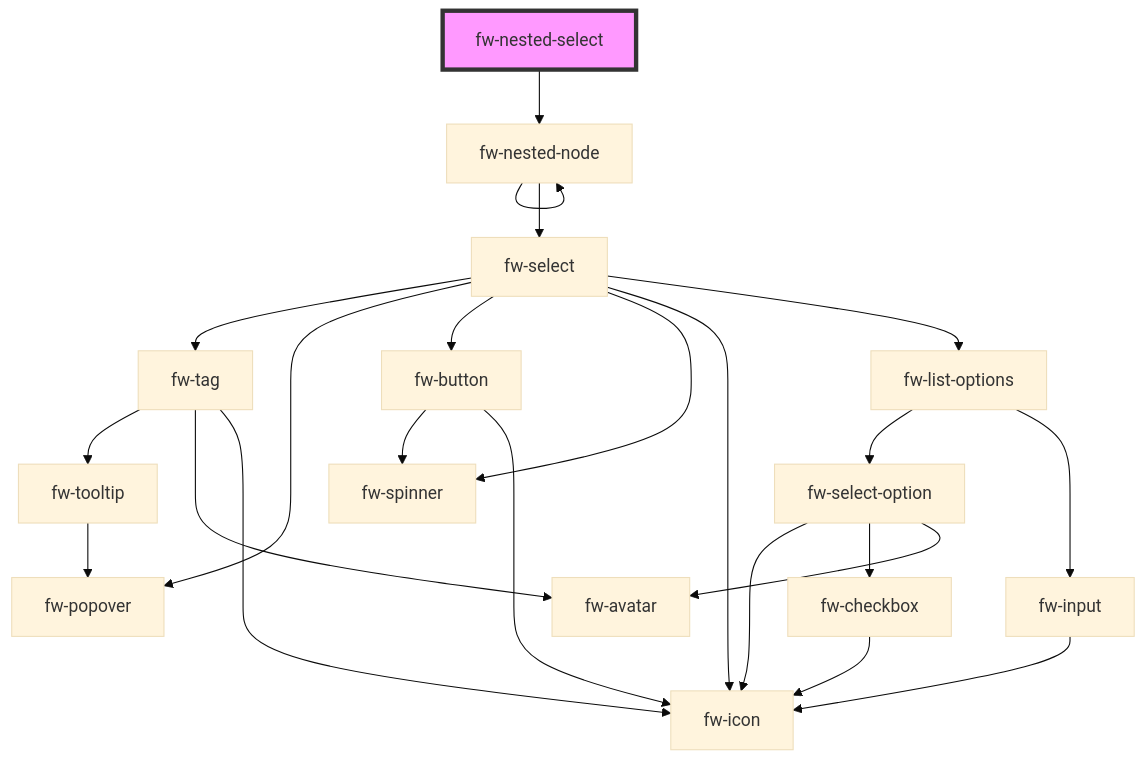
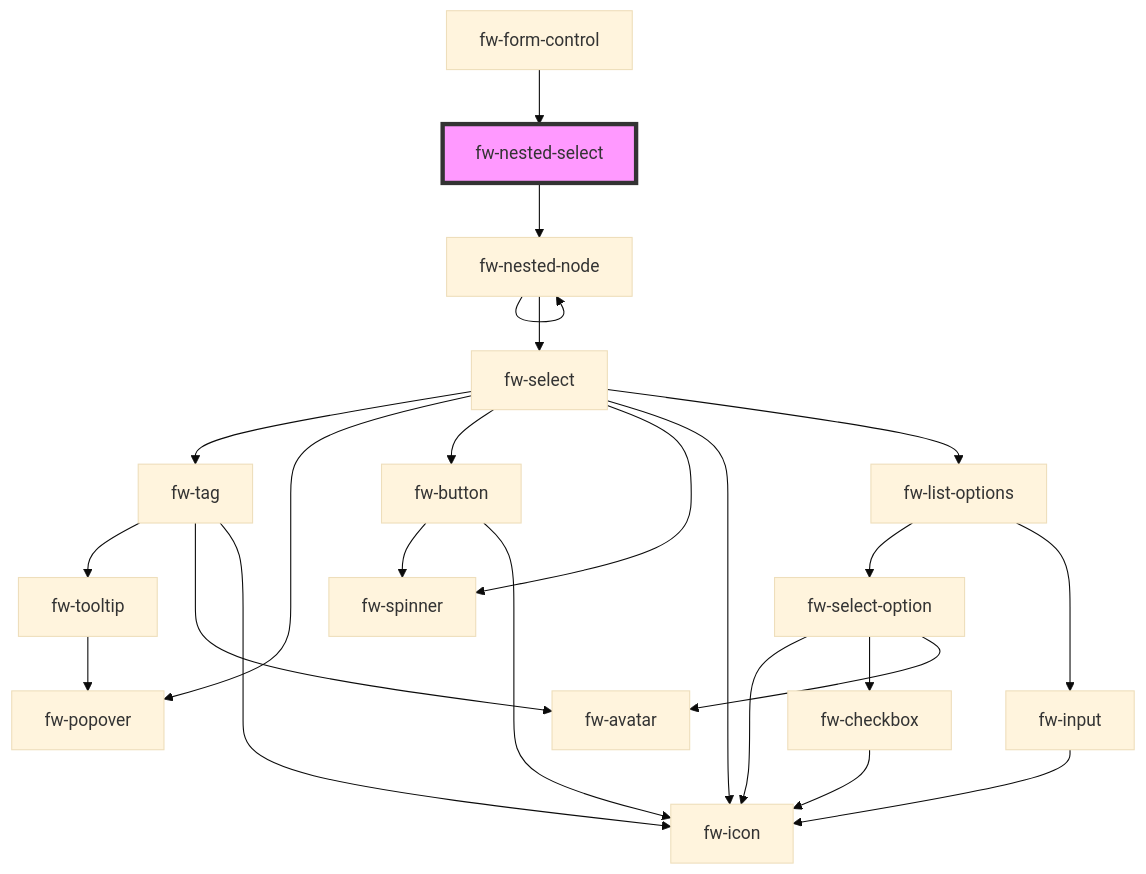
The diagram in packages/crayons-core/src/components/nested-select/readme.md (freshworks/crayons), drawn with Mermaid (base theme) before and after one commit. The commit also changed other lines of this file and 6 other files, not shown here.

Commit message:
feat: nested select field for dependent dropdown changes

````diff
--- a/packages/crayons-core/src/components/nested-select/readme.md
+++ b/packages/crayons-core/src/components/nested-select/readme.md
@@ -22,26 +39,27 @@
 ```mermaid
 graph TD;
   fw-nested-select --> fw-nested-node
   fw-nested-node --> fw-nested-node
   fw-nested-node --> fw-select
   fw-select --> fw-tag
   fw-select --> fw-popover
   fw-select --> fw-button
   fw-select --> fw-spinner
   fw-select --> fw-icon
   fw-select --> fw-list-options
   fw-tag --> fw-tooltip
   fw-tag --> fw-avatar
   fw-tag --> fw-icon
   fw-tooltip --> fw-popover
   fw-button --> fw-spinner
   fw-button --> fw-icon
   fw-list-options --> fw-select-option
   fw-list-options --> fw-input
   fw-select-option --> fw-icon
   fw-select-option --> fw-checkbox
   fw-select-option --> fw-avatar
   fw-checkbox --> fw-icon
   fw-input --> fw-icon
+  fw-form-control --> fw-nested-select
   style fw-nested-select fill:#f9f,stroke:#333,stroke-width:4px
 ```
````
